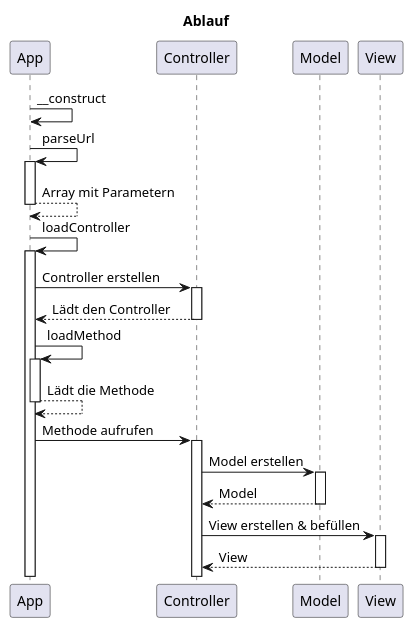
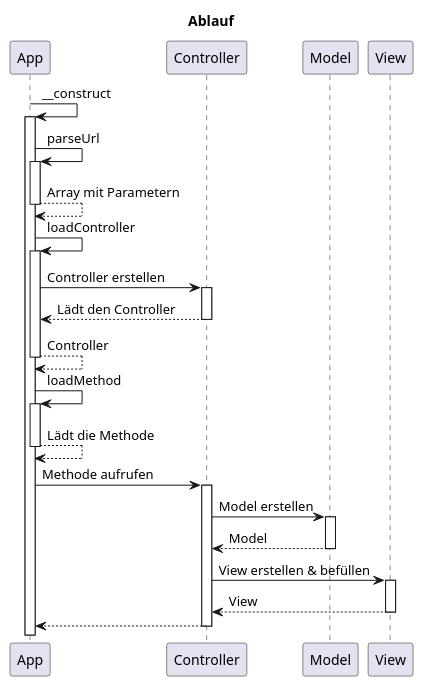
Before and after one commit to bztfinformatik/lernportfolio-21r8390-php: the diagram in docs/PHP/Framework/UML/Abfrage.puml, drawn with PlantUML. The commit also changed 4 other files, not shown here.

```diff
--- a/docs/PHP/Framework/UML/Abfrage.puml
+++ b/docs/PHP/Framework/UML/Abfrage.puml
@@ -1,28 +1,30 @@
 @startuml "Ablauf"
 title "Ablauf"
 
 participant App
 participant Controller
 participant Model
 participant View
 
 App -> App : __construct
+activate App
 
 App -> App ++ : parseUrl
 return Array mit Parametern
 
 App -> App ++ : loadController
-    App -> Controller : Controller erstellen
-    activate Controller
-return Lädt den Controller
+    App -> Controller ++ : Controller erstellen
+    return Lädt den Controller
+return Controller
 
 App -> App ++ : loadMethod
 return Lädt die Methode
 
 App -> Controller ++ : Methode aufrufen
     Controller -> Model ++ : Model erstellen
     return Model
     Controller -> View ++ : View erstellen & befüllen
     return View
+return 
 
 @enduml
```
